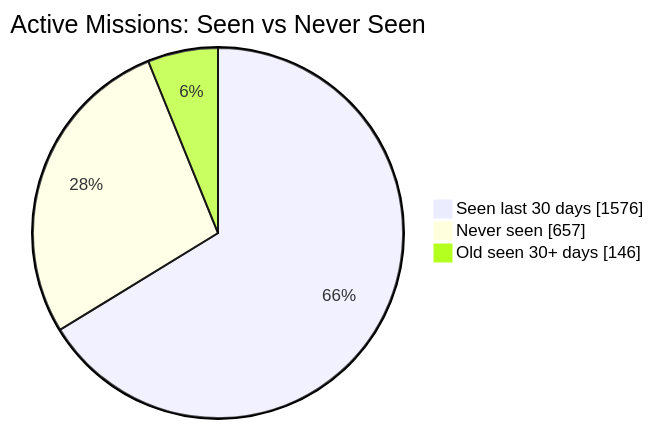
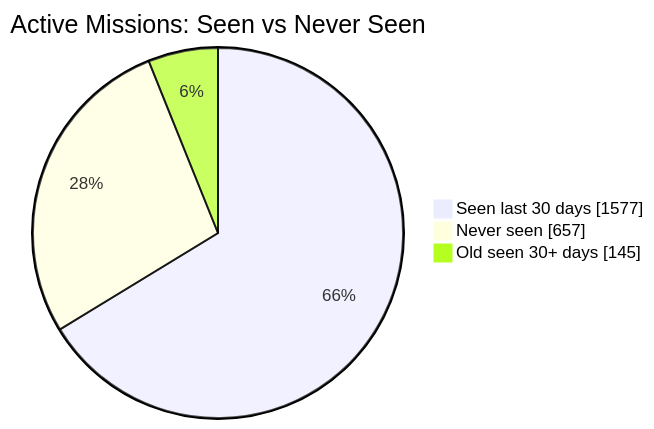
Before and after one commit to MeldkamerspelGameTeam/active-missions: the first of 2 diagrams in README.md, drawn with Mermaid. The commit also changed other lines of this file and 2 other files, not shown here.

````diff
--- a/README.md
+++ b/README.md
@@ -34,7 +34,7 @@
 ```mermaid
 pie showData
     title Active Missions: Seen vs Never Seen
-    "Seen last 30 days" : 1576
+    "Seen last 30 days" : 1577
     "Never seen" : 657
-    "Old seen 30+ days" : 146
+    "Old seen 30+ days" : 145
 ```
````
